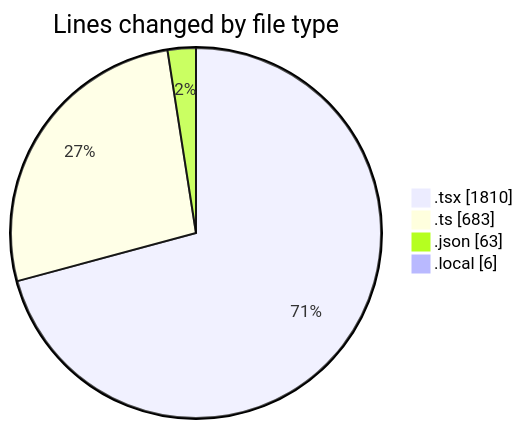
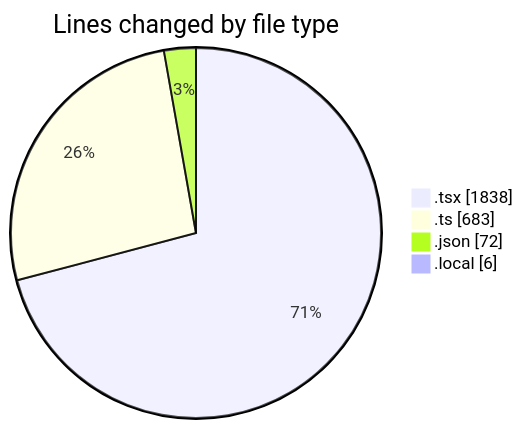
One commit to julien-gomy/code-tracking changed the first of 2 diagrams in 2025-10-21/eventscop-frontend-guide__workspace_/README.md. Above: the diagram before and after it, drawn with Mermaid. The commit also changed other lines of this file and 1 other file, not shown here.

````diff
--- a/2025-10-21/eventscop-frontend-guide__workspace_/README.md
+++ b/2025-10-21/eventscop-frontend-guide__workspace_/README.md
@@ -49,8 +50,8 @@
 ```mermaid
 pie showData
 title Lines changed by file type
-".tsx" : 1810
+".tsx" : 1838
 ".ts" : 683
-".json" : 63
+".json" : 72
 ".local" : 6
 ```
````
